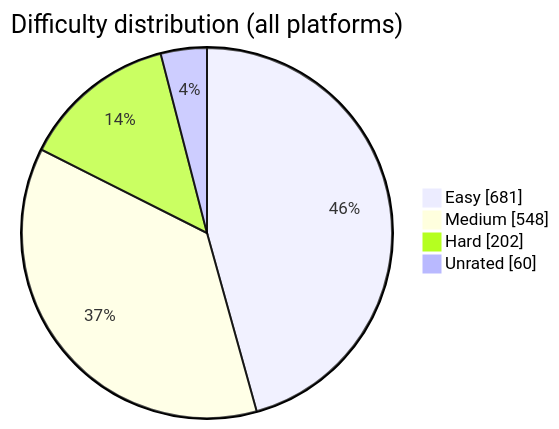
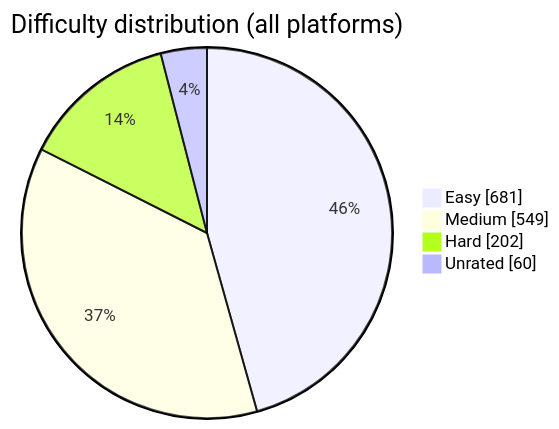
Before and after one commit to BuildbyArindam/Daily-Coding-Log: the diagram in README.md, drawn with Mermaid. The commit also changed other lines of this file, not shown here.

````diff
--- a/README.md
+++ b/README.md
@@ -93,7 +93,7 @@
 ```mermaid
 pie showData title Difficulty distribution (all platforms)
     "Easy" : 681
-    "Medium" : 548
+    "Medium" : 549
     "Hard" : 202
     "Unrated" : 60
 ```
````
